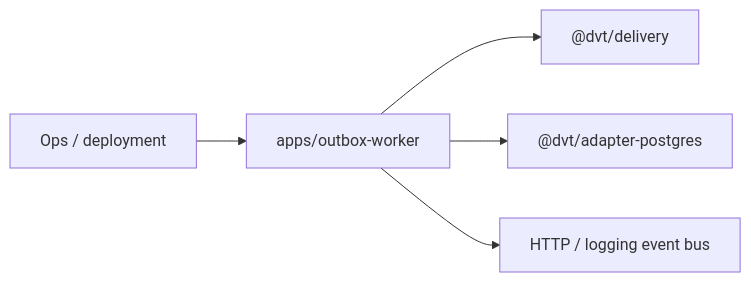
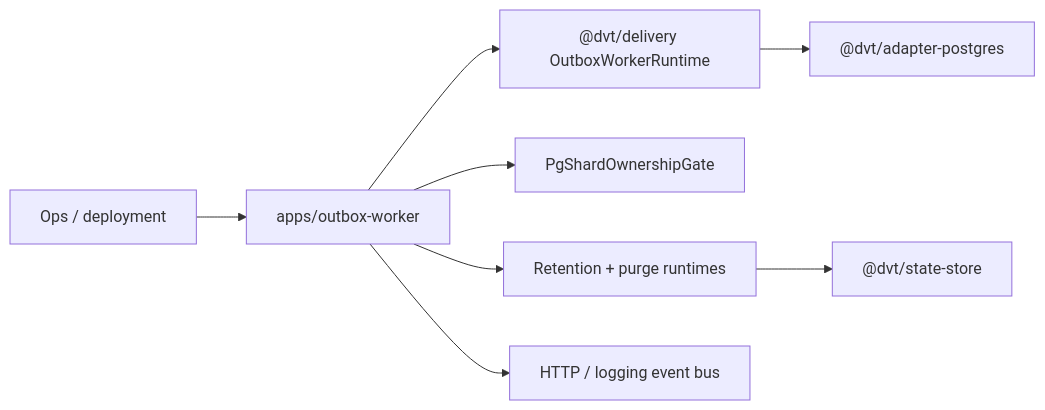
Before and after one commit to dunay2/dvt: the diagram in docs/architecture/components/outbox-worker/index.md, drawn with Mermaid. The commit also changed other lines of this file and 10 other files, not shown here.

Commit message:
docs(docs): Refresh active component topology diagrams

````diff
--- a/docs/architecture/components/outbox-worker/index.md
+++ b/docs/architecture/components/outbox-worker/index.md
@@ -26,7 +26,10 @@
 ```mermaid
 flowchart LR
   Ops["Ops / deployment"] --> Worker["apps/outbox-worker"]
-  Worker --> Delivery["@dvt/delivery"]
-  Worker --> Postgres["@dvt/adapter-postgres"]
+  Worker --> Delivery["@dvt/delivery OutboxWorkerRuntime"]
+  Worker --> Ownership["PgShardOwnershipGate"]
+  Worker --> Retention["Retention + purge runtimes"]
   Worker --> EventBus["HTTP / logging event bus"]
+  Delivery --> Postgres["@dvt/adapter-postgres"]
+  Retention --> State["@dvt/state-store"]
 ```
````
